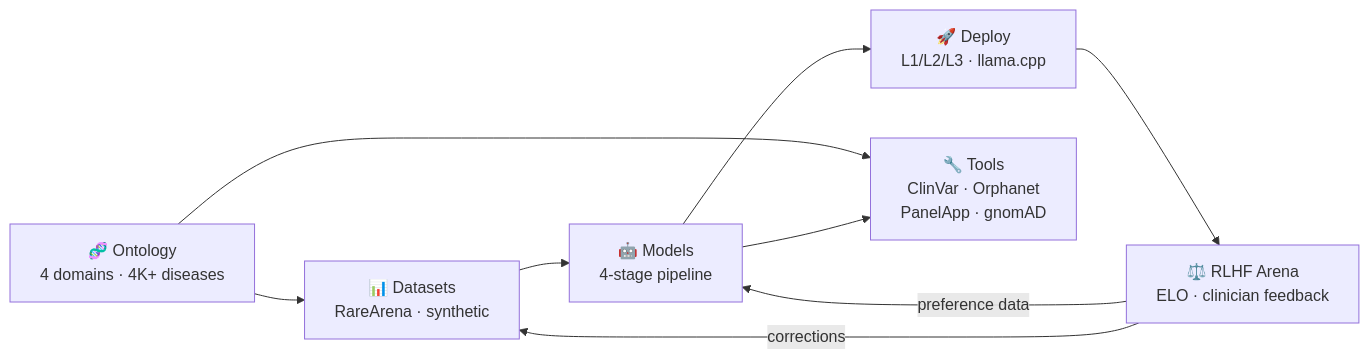
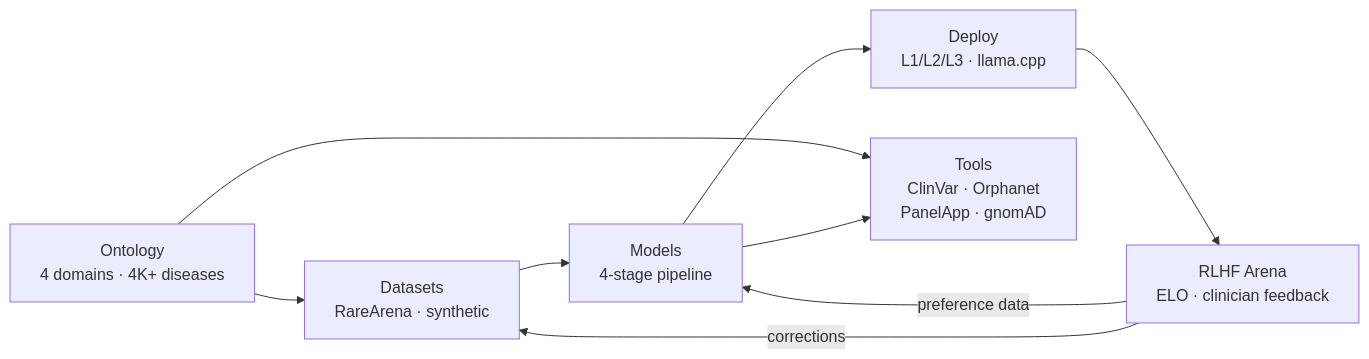
The diagram in README.md (Wilhelm-Foundation/rare-archive), drawn with Mermaid before and after one commit. The commit also changed other lines of this file, not shown here.

````diff
--- a/README.md
+++ b/README.md
@@ -43,11 +44,11 @@
 ```mermaid
 graph LR
-    O["🧬 Ontology<br/>4 domains · 4K+ diseases"] --> D["📊 Datasets<br/>RareArena · synthetic"]
-    D --> M["🤖 Models<br/>4-stage pipeline"]
-    M --> Deploy["🚀 Deploy<br/>L1/L2/L3 · llama.cpp"]
-    O --> T["🔧 Tools<br/>ClinVar · Orphanet<br/>PanelApp · gnomAD"]
+    O["Ontology<br/>4 domains · 4K+ diseases"] --> D["Datasets<br/>RareArena · synthetic"]
+    D --> M["Models<br/>4-stage pipeline"]
+    M --> Deploy["Deploy<br/>L1/L2/L3 · llama.cpp"]
+    O --> T["Tools<br/>ClinVar · Orphanet<br/>PanelApp · gnomAD"]
     M --> T
-    Deploy --> R["⚖️ RLHF Arena<br/>ELO · clinician feedback"]
+    Deploy --> R["RLHF Arena<br/>ELO · clinician feedback"]
     R -->|"preference data"| M
     R -->|"corrections"| D
 ```
````
